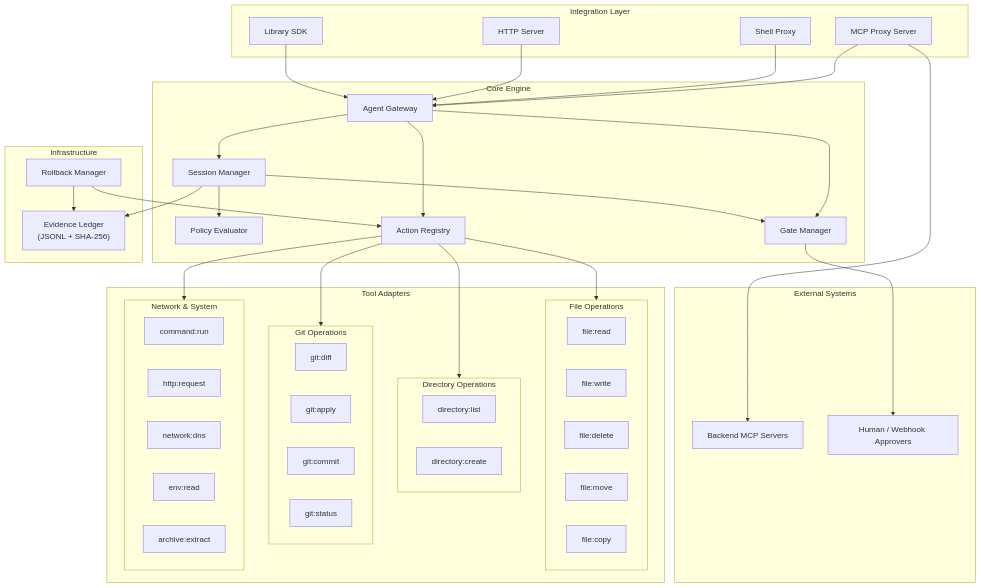
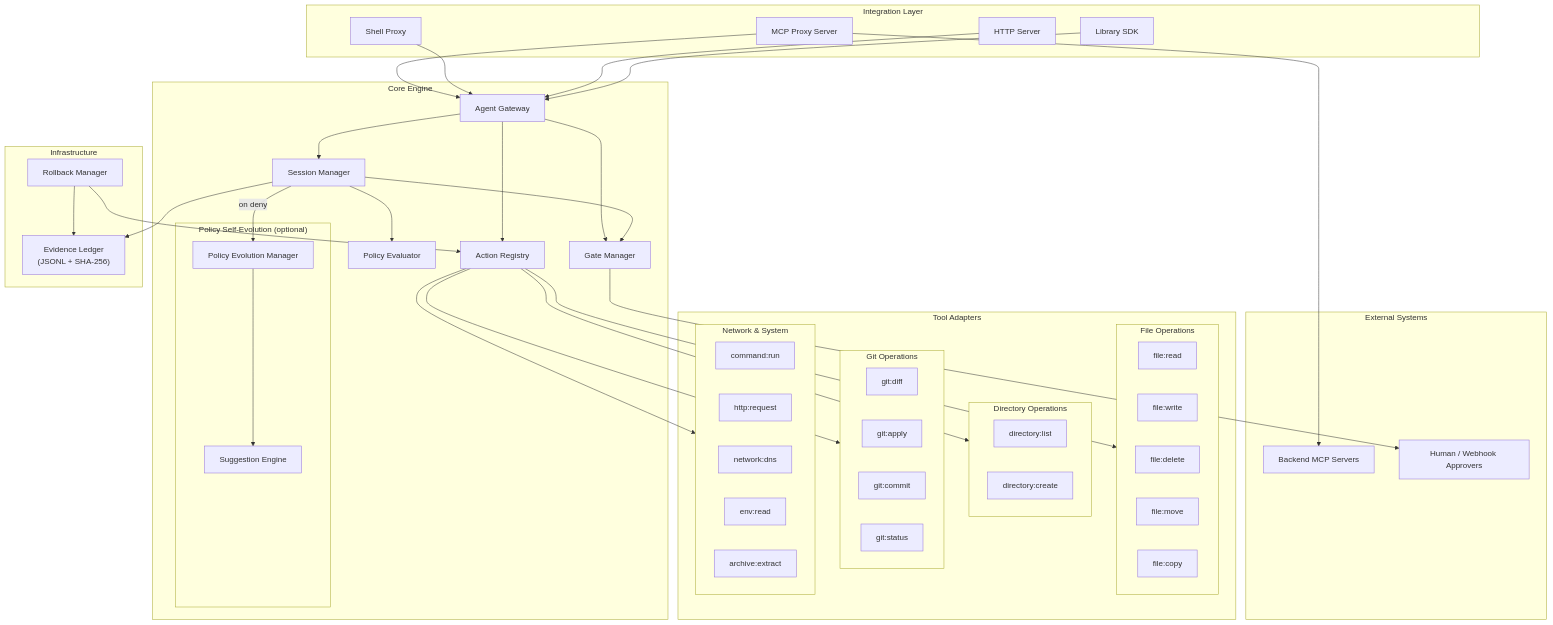
Before and after one commit to elliot35/deterministic-agent-control-protocol: the third of 5 diagrams in README.md, drawn with Mermaid. The commit also changed other lines of this file and 18 other files, not shown here.

```diff
--- a/README.md
+++ b/README.md
@@ -374,6 +443,10 @@
         PolicyEval["Policy Evaluator"]
         GateMgr["Gate Manager"]
         ActionReg["Action Registry"]
+        subgraph Evolution["Policy Self-Evolution (optional)"]
+            EvolutionMgr["Policy Evolution Manager"]
+            SuggestionEngine["Suggestion Engine"]
+        end
     end
 
     subgraph Infra["Infrastructure"]
@@ -420,6 +493,8 @@
     SessionMgr --> PolicyEval
     SessionMgr --> GateMgr
     SessionMgr --> Ledger
+    SessionMgr -->|on deny| EvolutionMgr
+    EvolutionMgr --> SuggestionEngine
 
     ActionReg --> FileTools
     ActionReg --> DirTools
```
